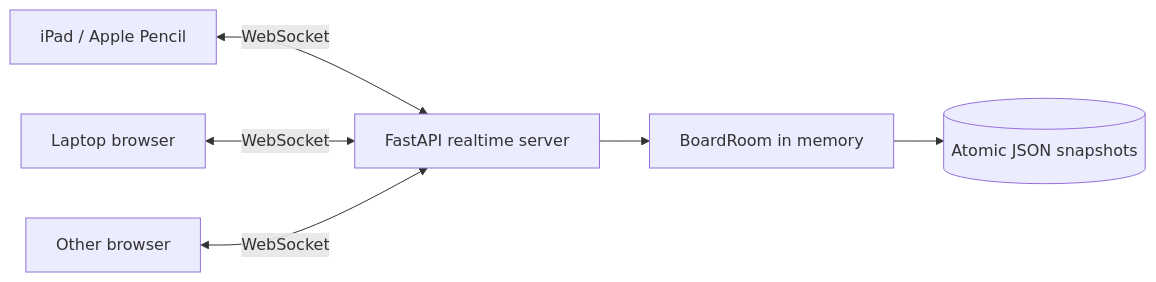
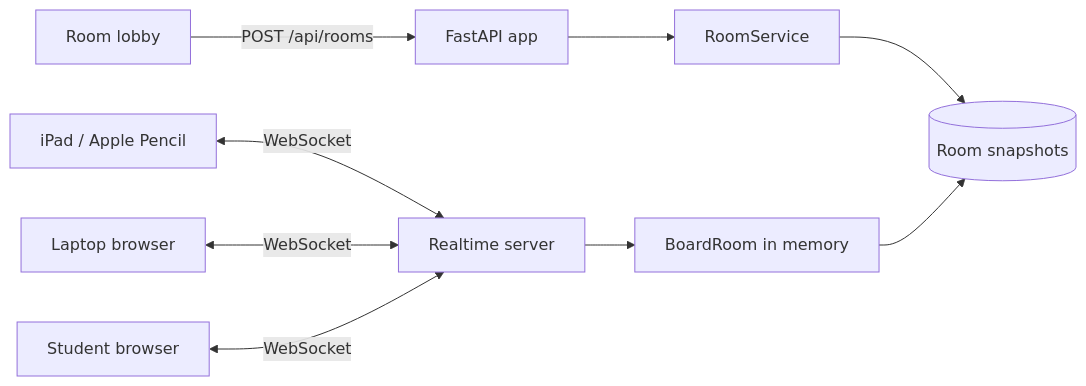
The diagram in docs/architecture.md (AlexArutiunian/local-board), drawn with Mermaid before and after one commit. The commit also changed other lines of this file, not shown here.

Commit message:
Design rooms for future internet deployment

````diff
--- a/docs/architecture.md
+++ b/docs/architecture.md
@@ -11,8 +26,12 @@
 ```mermaid
 flowchart LR
-    I[iPad / Apple Pencil] <-->|WebSocket| S[FastAPI realtime server]
+    H[Room lobby] -->|POST /api/rooms| A[FastAPI app]
+    A --> RS[RoomService]
+    RS --> J[(Room snapshots)]
+
+    I[iPad / Apple Pencil] <-->|WebSocket| S[Realtime server]
     L[Laptop browser] <-->|WebSocket| S
-    O[Other browser] <-->|WebSocket| S
+    O[Student browser] <-->|WebSocket| S
     S --> M[BoardRoom in memory]
-    M --> J[(Atomic JSON snapshots)]
+    M --> J
 ```
````
